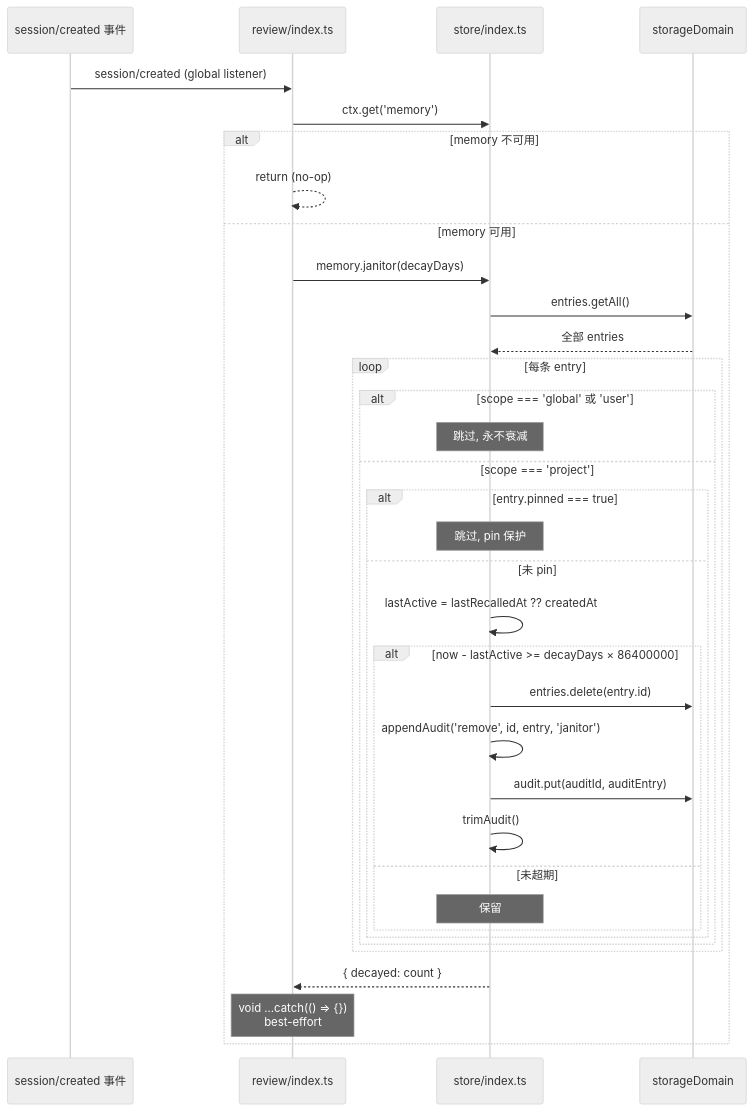
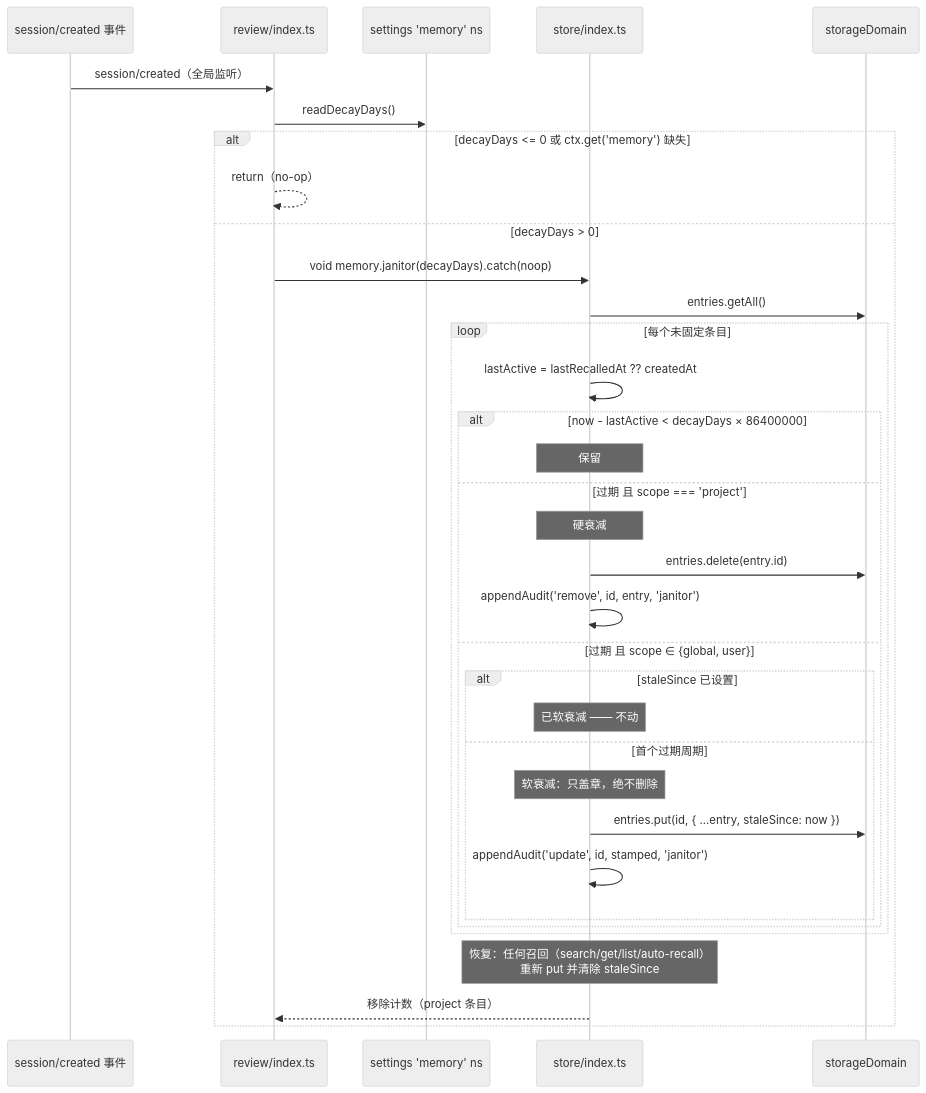
The seventh of 14 diagrams in docs/SEQUENCE_DIAGRAMS.zh-CN.md (chenhw7/dsh-memory), drawn with Mermaid (neutral theme) before and after one commit. The commit also changed other lines of this file and 5 other files, not shown here.

First line of the commit message:
docs: sync README / TECH_DESIGN / SEQUENCE_DIAGRAMS with the v0.3.0 implementation

````diff
--- a/docs/SEQUENCE_DIAGRAMS.zh-CN.md
+++ b/docs/SEQUENCE_DIAGRAMS.zh-CN.md
@@ -322,41 +323,39 @@
 ```mermaid
 sequenceDiagram
     participant SC as session/created 事件
     participant Review as review/index.ts
+    participant Settings as settings 'memory' ns
     participant Store as store/index.ts
     participant SD as storageDomain
 
-    SC->>Review: session/created (global listener)
-    Review->>Store: ctx.get('memory')
-    alt memory 不可用
-        Review-->>Review: return (no-op)
-    else memory 可用
-        Review->>Store: memory.janitor(decayDays)
+    SC->>Review: session/created（全局监听）
+    Review->>Settings: readDecayDays()
+    alt decayDays <= 0 或 ctx.get('memory') 缺失
+        Review-->>Review: return（no-op）
+    else decayDays > 0
+        Review->>Store: void memory.janitor(decayDays).catch(noop)
+        Store->>SD: entries.getAll()
 
-        Store->>SD: entries.getAll()
-        SD-->>Store: 全部 entries
-
-        loop 每条 entry
-            alt scope === 'global' 或 'user'
-                Note over Store: 跳过, 永不衰减
-            else scope === 'project'
-                alt entry.pinned === true
-                    Note over Store: 跳过, pin 保护
-                else 未 pin
-                    Store->>Store: lastActive = lastRecalledAt ?? createdAt
-                    alt now - lastActive >= decayDays × 86400000
-                        Store->>SD: entries.delete(entry.id)
-                        Store->>Store: appendAudit('remove', id, entry, 'janitor')
-                        Store->>SD: audit.put(auditId, auditEntry)
-                        Store->>Store: trimAudit()
-                    else 未超期
-                        Note over Store: 保留
-                    end
+        loop 每个未固定条目
+            Store->>Store: lastActive = lastRecalledAt ?? createdAt
+            alt now - lastActive < decayDays × 86400000
+                Note over Store: 保留
+            else 过期 且 scope === 'project'
+                Note over Store: 硬衰减
+                Store->>SD: entries.delete(entry.id)
+                Store->>Store: appendAudit('remove', id, entry, 'janitor')
+            else 过期 且 scope ∈ {global, user}
+                alt staleSince 已设置
+                    Note over Store: 已软衰减 —— 不动
+                else 首个过期周期
+                    Note over Store: 软衰减：只盖章，绝不删除
+                    Store->>SD: entries.put(id, { ...entry, staleSince: now })
+                    Store->>Store: appendAudit('update', id, stamped, 'janitor')
                 end
             end
         end
 
-        Store-->>Review: { decayed: count }
-        Note over Review: void ...catch(() => {})<br/>best-effort
+        Note over Store: 恢复：任何召回（search/get/list/auto-recall）<br/>重新 put 并清除 staleSince
+        Store-->>Review: 移除计数（project 条目）
     end
 ```
````
